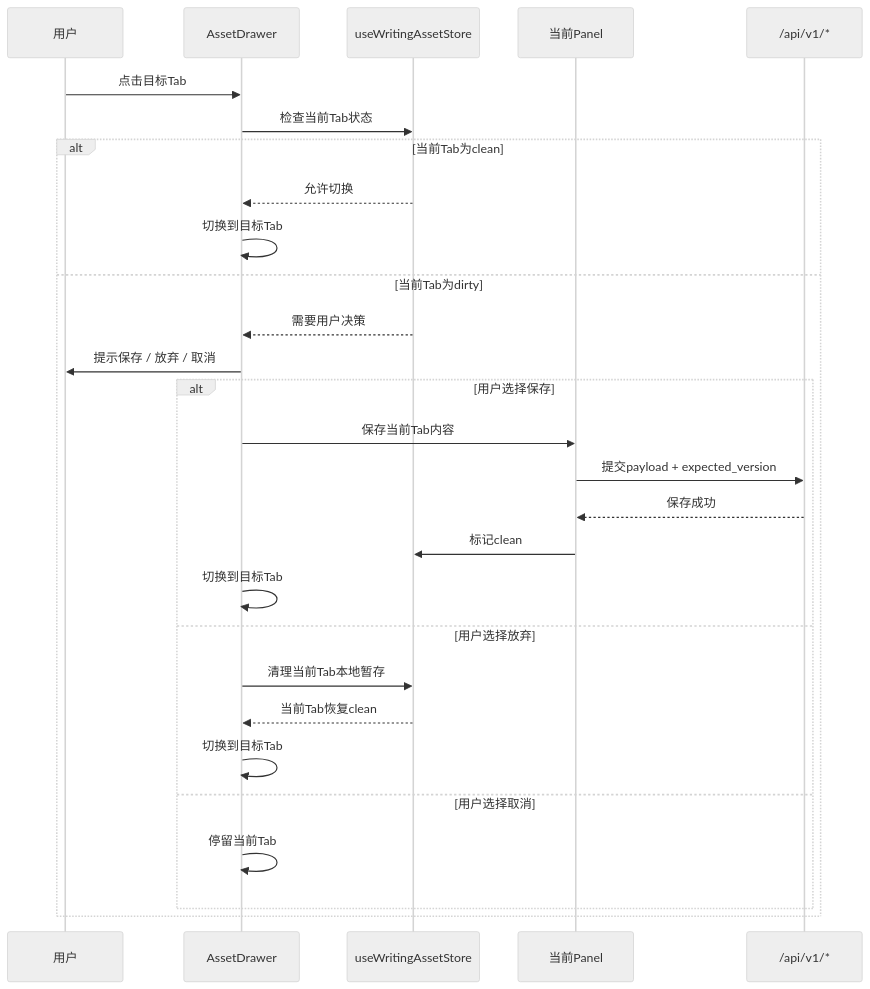
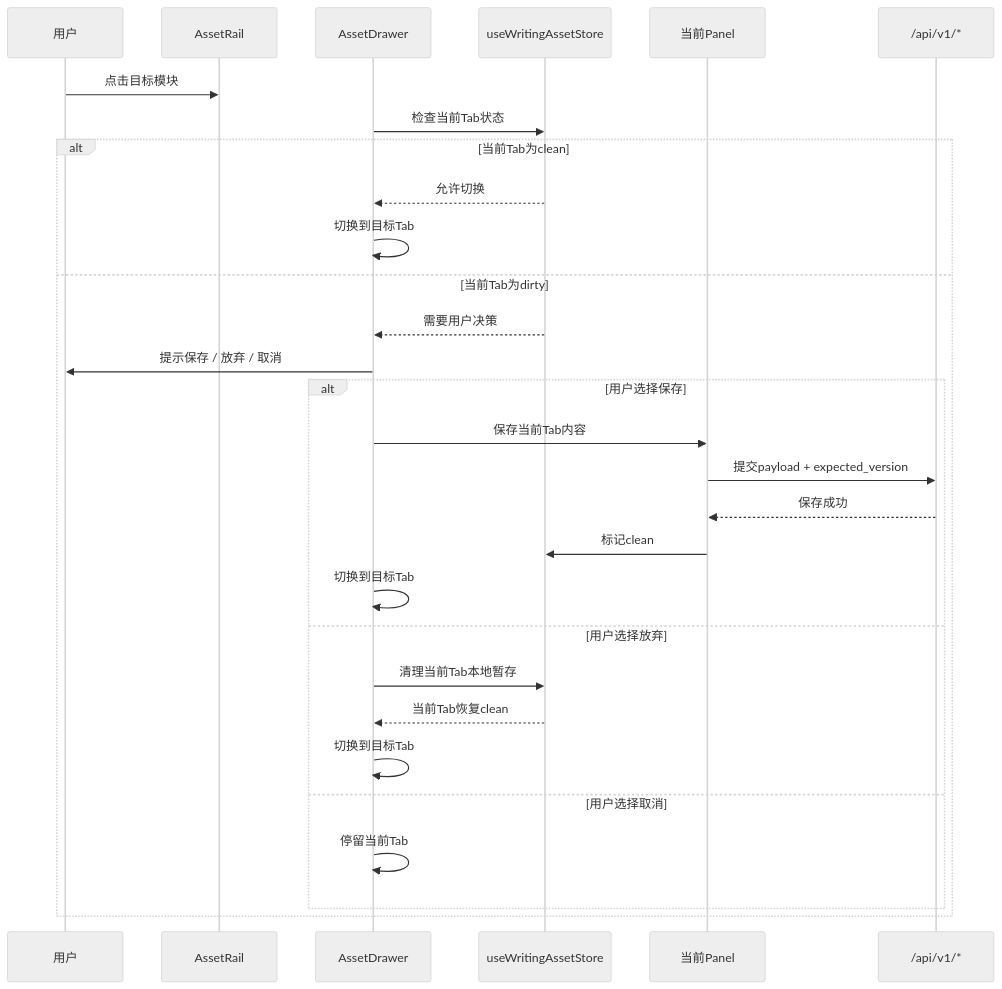
The third of 7 diagrams in docs/03_design/InkTrace-V1.1-界面与交互设计文档.md (octsfm/InkTrace), drawn with Mermaid (neutral theme) before and after one commit. The commit also changed other lines of this file and 25 other files, not shown here.

````diff
--- a/docs/03_design/InkTrace-V1.1-界面与交互设计文档.md
+++ b/docs/03_design/InkTrace-V1.1-界面与交互设计文档.md
@@ -603,32 +618,33 @@
 ```mermaid
 sequenceDiagram
     participant User as 用户
+    participant Rail as AssetRail
     participant Drawer as AssetDrawer
     participant Store as useWritingAssetStore
     participant Panel as 当前Panel
     participant API as /api/v1/*
 
-    User->>Drawer: 点击目标Tab
+    User->>Rail: 点击目标模块
     Drawer->>Store: 检查当前Tab状态
 
     alt 当前Tab为clean
         Store-->>Drawer: 允许切换
         Drawer->>Drawer: 切换到目标Tab
     else 当前Tab为dirty
         Store-->>Drawer: 需要用户决策
         Drawer->>User: 提示保存 / 放弃 / 取消
         alt 用户选择保存
             Drawer->>Panel: 保存当前Tab内容
             Panel->>API: 提交payload + expected_version
             API-->>Panel: 保存成功
             Panel->>Store: 标记clean
             Drawer->>Drawer: 切换到目标Tab
         else 用户选择放弃
             Drawer->>Store: 清理当前Tab本地暂存
             Store-->>Drawer: 当前Tab恢复clean
             Drawer->>Drawer: 切换到目标Tab
         else 用户选择取消
             Drawer->>Drawer: 停留当前Tab
         end
     end
 ```
````
